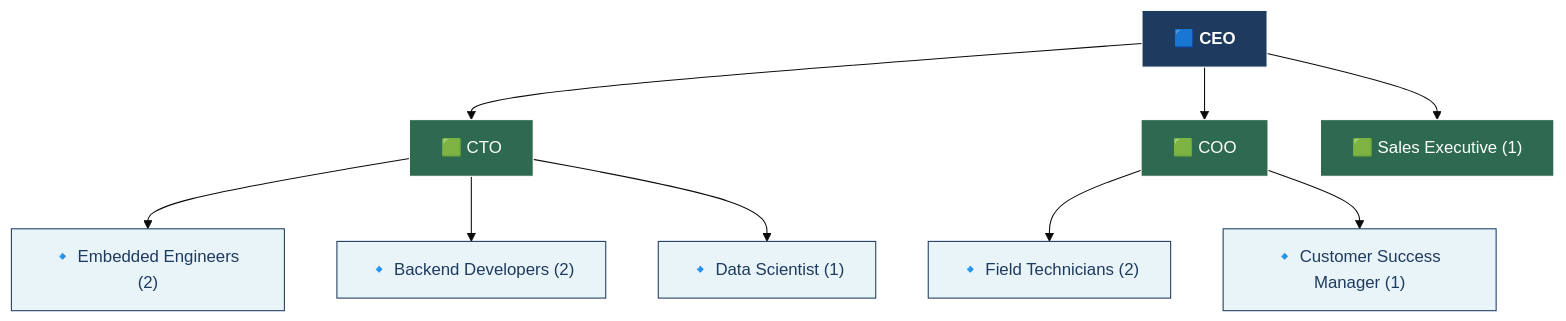
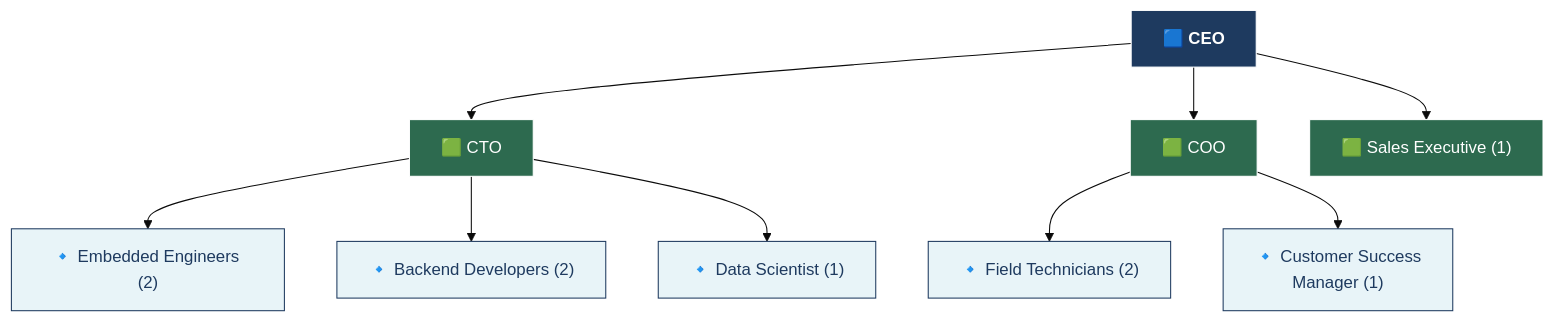
The third of 3 diagrams in frontend/public/org-charts.md (nathanbaudelin/SenSight_Bin), drawn with Mermaid (base theme) before and after one commit.

Commit message:
fix(doc): docs chart

````diff
--- a/frontend/public/org-charts.md
+++ b/frontend/public/org-charts.md
@@ -72,31 +72,32 @@
 ```mermaid
 graph TD
     CEO["🟦 CEO"]
     CTO["🟩 CTO"]
     COO["🟩 COO"]
     HOS["🟩 Sales Executive (1)"]
     EE3["🔹 Embedded Engineers (2)"]
     BD3["🔹 Backend Developers (2)"]
     DS2["🔹 Data Scientist (1)"]
     FT4["🔹 Field Technicians (2)"]
-    CSM2["🔹 Customer Success Manager (1)"]
+    CSM2["🔹 Customer Success
+    Manager (1)"]
 
     CEO --> CTO
     CEO --> COO
     CEO --> HOS
     CTO --> EE3
     CTO --> BD3
     CTO --> DS2
     COO --> FT4
     COO --> CSM2
 
     style CEO fill:#1e3a5f,stroke:#fff,color:#fff,font-weight:bold
     style CTO fill:#2d6a4f,stroke:#fff,color:#fff
     style COO fill:#2d6a4f,stroke:#fff,color:#fff
     style HOS fill:#2d6a4f,stroke:#fff,color:#fff
     style EE3 fill:#e8f4f8,stroke:#1e3a5f,color:#1e3a5f
     style BD3 fill:#e8f4f8,stroke:#1e3a5f,color:#1e3a5f
     style DS2 fill:#e8f4f8,stroke:#1e3a5f,color:#1e3a5f
     style FT4 fill:#e8f4f8,stroke:#1e3a5f,color:#1e3a5f
     style CSM2 fill:#e8f4f8,stroke:#1e3a5f,color:#1e3a5f
 ```
````
